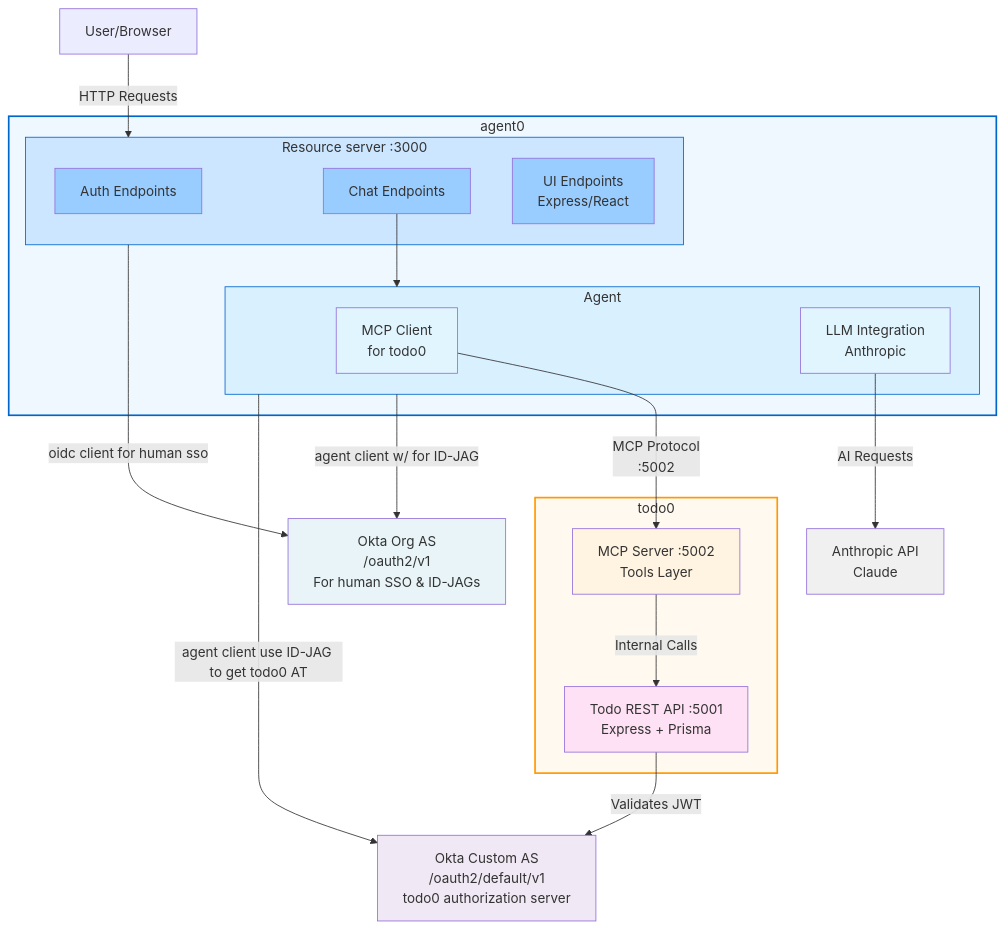
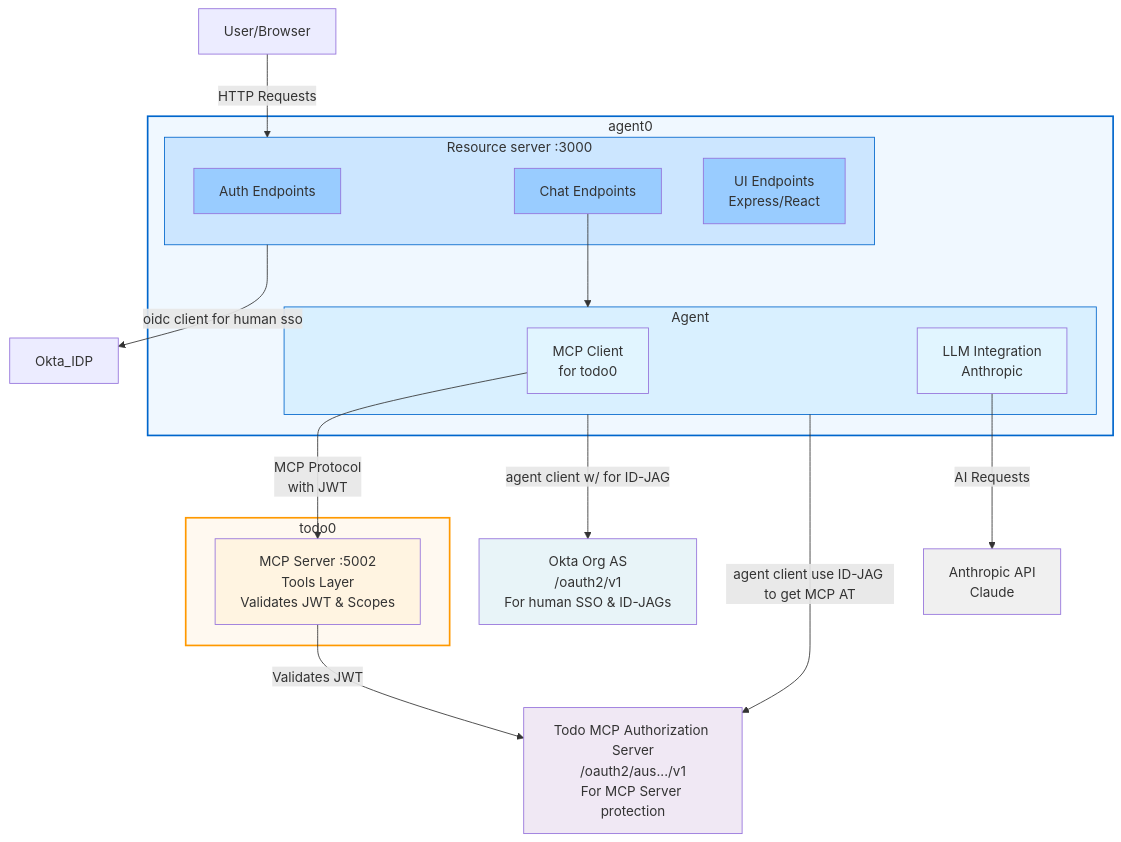
One commit to oktadev/okta-secure-ai-agent-example changed the diagram in README.md. Above: the diagram before and after it, drawn with Mermaid. The commit also changed other lines of this file and 1 other file, not shown here.

Commit message:
Clearer instructions, diagram, command names.

````diff
--- a/README.md
+++ b/README.md
@@ -9,50 +9,48 @@
 ```mermaid
 graph TB
     User[User/Browser]
     Anthropic[Anthropic API<br/>Claude]
     Okta_Org_AS[Okta Org AS<br/>/oauth2/v1<br/>For human SSO & ID-JAGs]
-    Okta_Custom_AS[Okta Custom AS<br/>/oauth2/default/v1<br/>todo0 authorization server]
+    Okta_IDP
+    Okta_MCP_AS[Todo MCP Authorization Server<br/>/oauth2/aus.../v1<br/>For MCP Server protection]
 
     subgraph Agent0[agent0]
         subgraph ResourceServer[Resource server :3000]
             Auth[Auth Endpoints]
             Chat[Chat Endpoints]
             UI[UI Endpoints<br/>Express/React]
         end
 
         subgraph AgentIdentity[Agent]
             MCP_Client[MCP Client<br/>for todo0]
             LLM_Integration[LLM Integration<br/>Anthropic]
         end
     end
 
     subgraph Todo0[todo0]
-        MCP_Server[MCP Server :5002<br/>Tools Layer]
-        Todo_API[Todo REST API :5001<br/>Express + Prisma]
+        MCP_Server[MCP Server :5002<br/>Tools Layer<br/>Validates JWT & Scopes]
     end
 
     User -->|HTTP Requests| ResourceServer
-    ResourceServer-->|oidc client for human sso| Okta_Org_AS
+    ResourceServer-->|oidc client for human sso| Okta_IDP
     LLM_Integration -->|AI Requests| Anthropic
     AgentIdentity -->| agent client w/ for ID-JAG | Okta_Org_AS
-    AgentIdentity -->| agent client use ID-JAG to get todo0 AT | Okta_Custom_AS
-    MCP_Client -->|MCP Protocol<br/>:5002| MCP_Server
-    MCP_Server -->|Internal Calls| Todo_API
-    Todo_API -->|Validates JWT| Okta_Custom_AS
+    AgentIdentity -->| agent client use ID-JAG to get MCP AT | Okta_MCP_AS
+    MCP_Client -->|MCP Protocol<br/>with JWT| MCP_Server
+    MCP_Server -->|Validates JWT| Okta_MCP_AS
     Chat-->AgentIdentity
 
     style Auth fill:#99ccff
     style UI fill:#99ccff
     style Chat fill:#99ccff
     style MCP_Client fill:#e1f5ff
     style LLM_Integration fill:#e1f5ff
     style MCP_Server fill:#fff4e1
-    style Todo_API fill:#ffe1f5
     style Okta_Org_AS fill:#e8f4f8
-    style Okta_Custom_AS fill:#f0e8f4
+    style Okta_MCP_AS fill:#f0e8f4
     style Anthropic fill:#f0f0f0
     style ResourceServer fill:#cce6ff,stroke:#0066cc,stroke-width:1px
     style AgentIdentity fill:#d9f0ff,stroke:#0066cc,stroke-width:1px
     style Agent0 fill:#f0f8ff,stroke:#0066cc,stroke-width:2px
     style Todo0 fill:#fff9f0,stroke:#ff9900,stroke-width:2px
 ```
````
